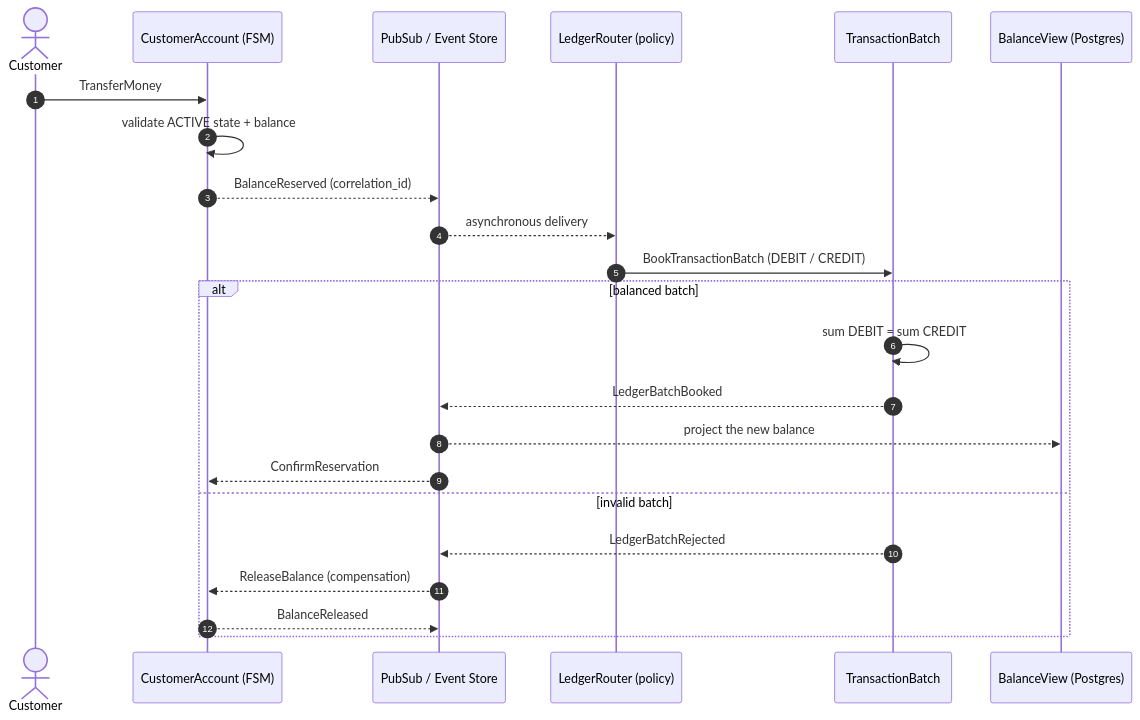
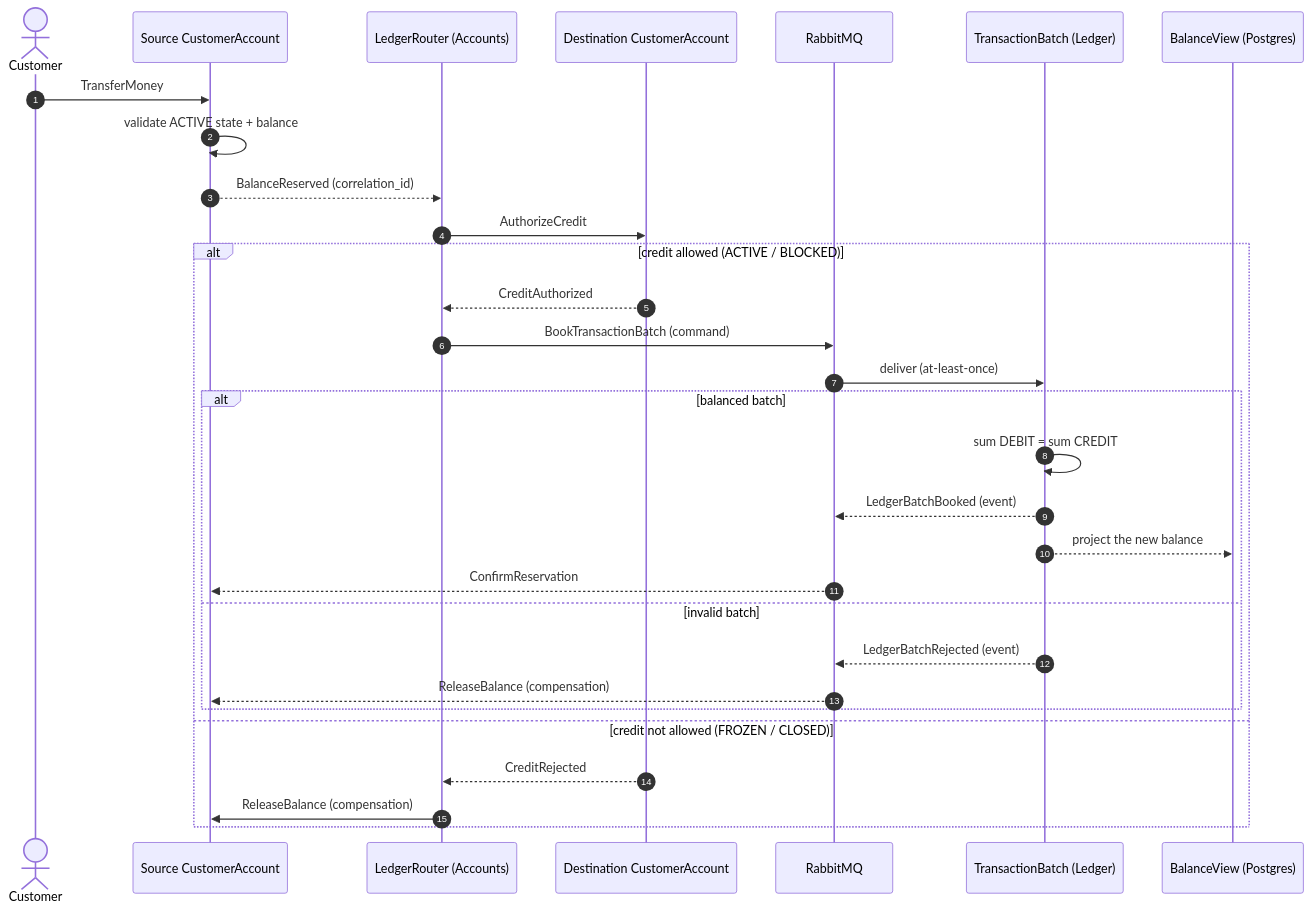
One commit to LuanDc/banking changed the fifth of 6 diagrams in README.md. Above: the diagram before and after it, drawn with Mermaid. The commit also changed other lines of this file, not shown here.

First line of the commit message:
docs: make ledger an open host service and settle H1 and H2

````diff
--- a/README.md
+++ b/README.md
@@ -301,27 +315,34 @@
 ```mermaid
 sequenceDiagram
     autonumber
     actor Customer
-    participant CA as CustomerAccount (FSM)
-    participant PS as PubSub / Event Store
-    participant LR as LedgerRouter (policy)
-    participant TB as TransactionBatch
+    participant CA as Source CustomerAccount
+    participant LR as LedgerRouter (Accounts)
+    participant DA as Destination CustomerAccount
+    participant MQ as RabbitMQ
+    participant TB as TransactionBatch (Ledger)
     participant PJ as BalanceView (Postgres)
 
     Customer->>CA: TransferMoney
     CA->>CA: validate ACTIVE state + balance
-    CA-->>PS: BalanceReserved (correlation_id)
-    PS-->>LR: asynchronous delivery
-    LR->>TB: BookTransactionBatch (DEBIT / CREDIT)
+    CA-->>LR: BalanceReserved (correlation_id)
+    LR->>DA: AuthorizeCredit
 
-    alt balanced batch
-        TB->>TB: sum DEBIT = sum CREDIT
-        TB-->>PS: LedgerBatchBooked
-        PS-->>PJ: project the new balance
-        PS-->>CA: ConfirmReservation
-    else invalid batch
-        TB-->>PS: LedgerBatchRejected
-        PS-->>CA: ReleaseBalance (compensation)
-        CA-->>PS: BalanceReleased
+    alt credit allowed (ACTIVE / BLOCKED)
+        DA-->>LR: CreditAuthorized
+        LR->>MQ: BookTransactionBatch (command)
+        MQ->>TB: deliver (at-least-once)
+        alt balanced batch
+            TB->>TB: sum DEBIT = sum CREDIT
+            TB-->>MQ: LedgerBatchBooked (event)
+            TB-->>PJ: project the new balance
+            MQ-->>CA: ConfirmReservation
+        else invalid batch
+            TB-->>MQ: LedgerBatchRejected (event)
+            MQ-->>CA: ReleaseBalance (compensation)
+        end
+    else credit not allowed (FROZEN / CLOSED)
+        DA-->>LR: CreditRejected
+        LR->>CA: ReleaseBalance (compensation)
     end
 ```
````
